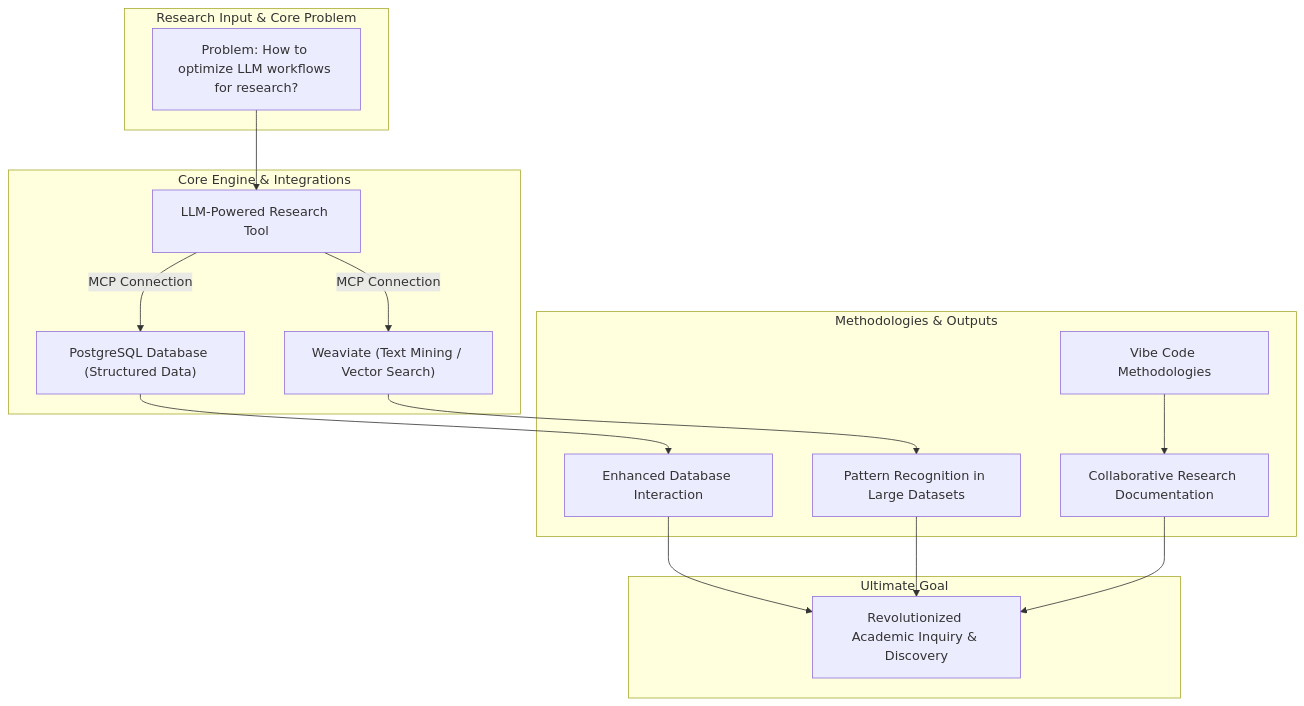
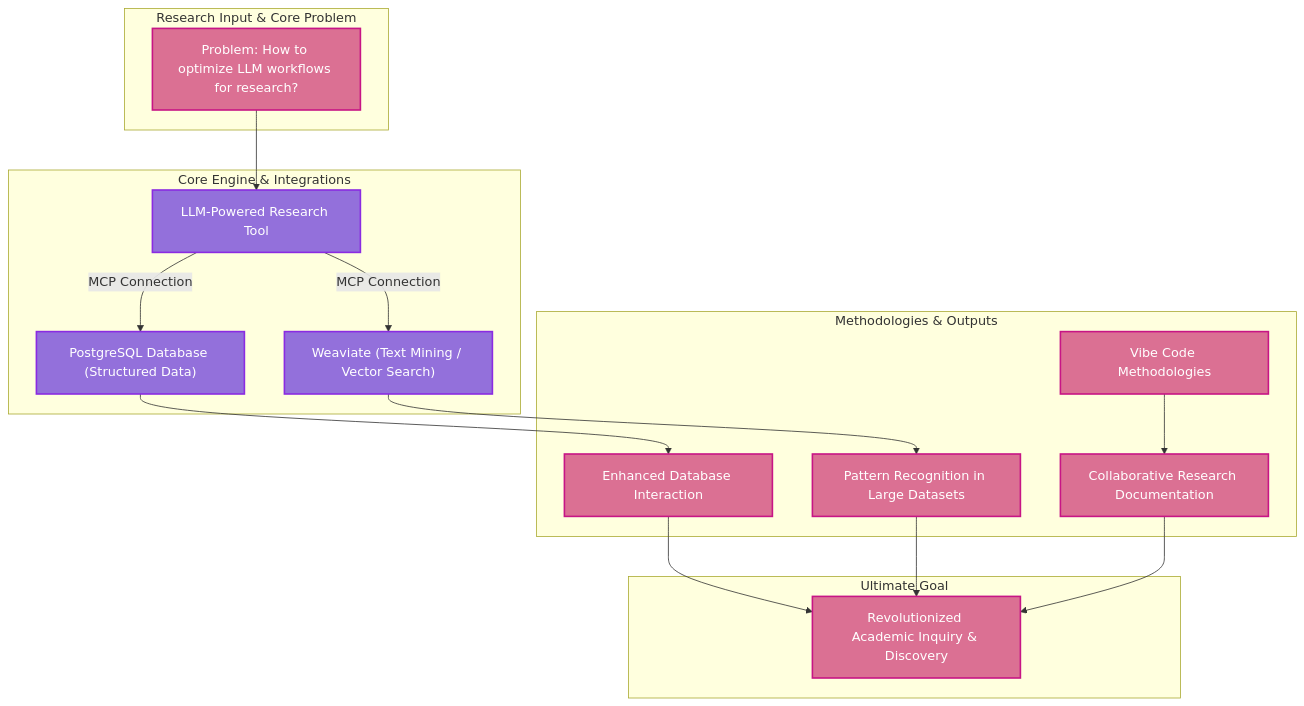
Before and after one commit to anvita-kar-git/Anvita-Kar-KEYS-2025: the diagram in docs/assignment2.md, drawn with Mermaid.

````diff
--- a/docs/assignment2.md
+++ b/docs/assignment2.md
@@ -37,36 +37,51 @@
 ```mermaid
-    graph TD
+ graph TD
+    %% --- Style Definitions ---
+    %% Defines a style class named 'purpleTheme' with purple fill and border
+    classDef purpleTheme fill:#9370DB,stroke:#8A2BE2,stroke-width:2px,color:#fff
+    
+    %% Defines a style class named 'pinkTheme' with pink fill and border
+    classDef pinkTheme fill:#DB7093,stroke:#C71585,stroke-width:2px,color:#fff
+
+    %% --- Chart Structure ---
     subgraph "Research Input & Core Problem"
         A["Problem: How to optimize LLM workflows for research?"]
     end
 
     subgraph "Core Engine & Integrations"
         B[LLM-Powered Research Tool]
         C["PostgreSQL Database (Structured Data)"]
         D["Weaviate (Text Mining / Vector Search)"]
         
         B -- "MCP Connection" --> C
         B -- "MCP Connection" --> D
     end
     
     subgraph "Methodologies & Outputs"
         E[Enhanced Database Interaction]
         F[Pattern Recognition in Large Datasets]
         G[Collaborative Research Documentation]
         H[Vibe Code Methodologies]
     end
 
     subgraph "Ultimate Goal"
         I[Revolutionized Academic Inquiry & Discovery]
     end
     
-    %% Defining the flow of logic
+    %% --- Flow Logic ---
     A --> B
     C --> E
     D --> F
     H --> G
     
     E --> I
     F --> I
     G --> I
+
+    %% --- Apply Styles to Nodes ---
+    %% Apply the pink theme to the conceptual nodes
+    class A,E,F,G,H,I pinkTheme
+    
+    %% Apply the purple theme to the core technology nodes
+    class B,C,D purpleTheme
 ```
````
